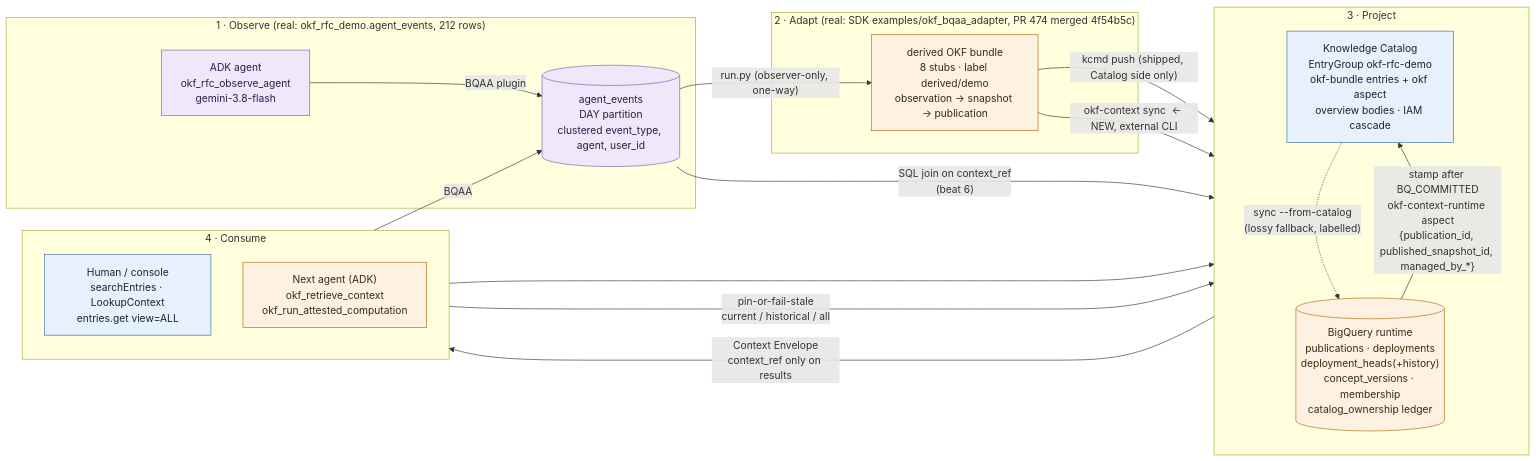
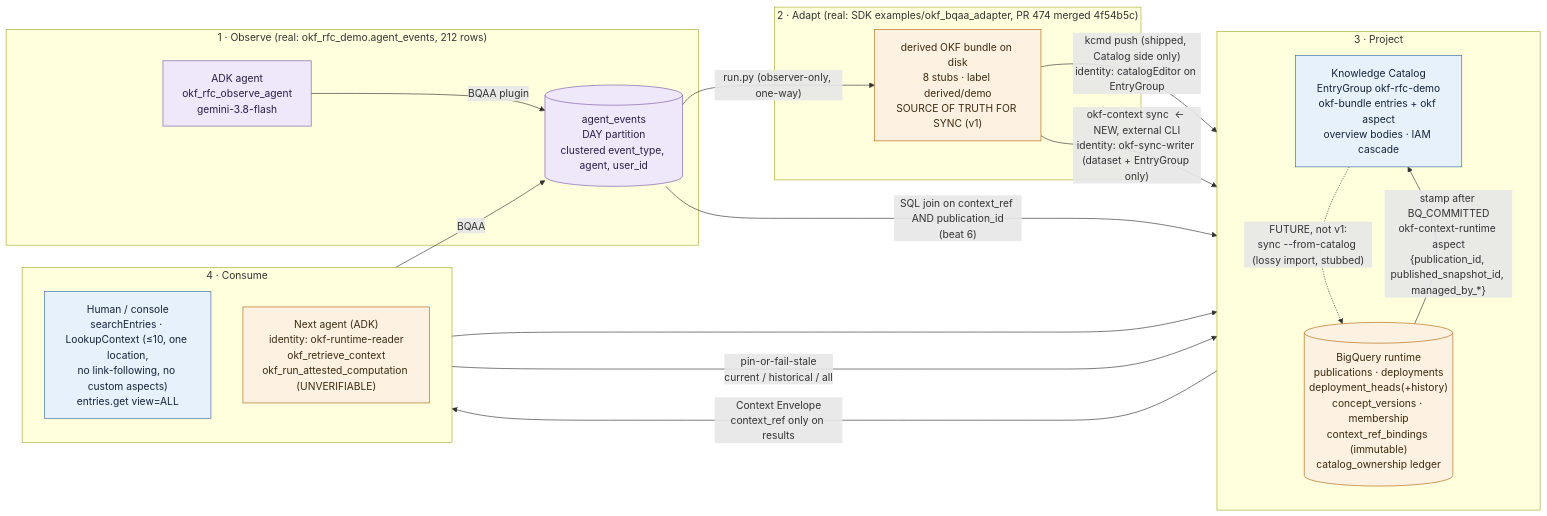
Before and after one commit to caohy1988/caohy1988.github.io: the diagram in rfc/full-demo/ARCHITECTURE.md, drawn with Mermaid. The commit also changed other lines of this file and 5 other files, not shown here.

First line of the commit message:
docs(rfc/full-demo): address Codex P1s on PR 15 — v1 bundle→BQ→Catalog, IAM contract, honesty labels

````diff
--- a/rfc/full-demo/ARCHITECTURE.md
+++ b/rfc/full-demo/ARCHITECTURE.md
@@ -10,35 +11,35 @@
 ```mermaid
 flowchart LR
   subgraph OBSERVE["1 · Observe  (real: okf_rfc_demo.agent_events, 212 rows)"]
     A1["ADK agent<br/>okf_rfc_observe_agent<br/>gemini-3.8-flash"] -->|BQAA plugin| A2[("agent_events<br/>DAY partition<br/>clustered event_type, agent, user_id")]
   end
 
   subgraph ADAPT["2 · Adapt  (real: SDK examples/okf_bqaa_adapter, PR 474 merged 4f54b5c)"]
-    A2 -->|"run.py (observer-only, one-way)"| B1["derived OKF bundle<br/>8 stubs · label derived/demo<br/>observation → snapshot → publication"]
+    A2 -->|"run.py (observer-only, one-way)"| B1["derived OKF bundle on disk<br/>8 stubs · label derived/demo<br/>SOURCE OF TRUTH FOR SYNC (v1)"]
   end
 
   subgraph PROJECT["3 · Project"]
     direction TB
-    B1 -->|"kcmd push (shipped, Catalog side only)"| C1["Knowledge Catalog<br/>EntryGroup okf-rfc-demo<br/>okf-bundle entries + okf aspect<br/>overview bodies · IAM cascade"]
-    B1 -->|"okf-context sync  ← NEW, external CLI"| C2[("BigQuery runtime<br/>publications · deployments<br/>deployment_heads(+history)<br/>concept_versions · membership<br/>catalog_ownership ledger")]
+    B1 -->|"kcmd push (shipped, Catalog side only)<br/>identity: catalogEditor on EntryGroup"| C1["Knowledge Catalog<br/>EntryGroup okf-rfc-demo<br/>okf-bundle entries + okf aspect<br/>overview bodies · IAM cascade"]
+    B1 -->|"okf-context sync  ← NEW, external CLI<br/>identity: okf-sync-writer (dataset + EntryGroup only)"| C2[("BigQuery runtime<br/>publications · deployments<br/>deployment_heads(+history)<br/>concept_versions · membership<br/>context_ref_bindings (immutable)<br/>catalog_ownership ledger")]
     C2 -->|"stamp after BQ_COMMITTED<br/>okf-context-runtime aspect<br/>{publication_id, published_snapshot_id, managed_by_*}"| C1
-    C1 -.->|"sync --from-catalog<br/>(lossy fallback, labelled)"| C2
+    C1 -.->|"FUTURE, not v1:<br/>sync --from-catalog (lossy import, stubbed)"| C2
   end
 
   subgraph CONSUME["4 · Consume"]
     direction TB
-    D1["Human / console<br/>searchEntries · LookupContext<br/>entries.get view=ALL"] --> C1
-    D2["Next agent (ADK)<br/>okf_retrieve_context<br/>okf_run_attested_computation"] -->|"pin-or-fail-stale<br/>current / historical / all"| C2
+    D1["Human / console<br/>searchEntries · LookupContext (≤10, one location,<br/>no link-following, no custom aspects)<br/>entries.get view=ALL"] --> C1
+    D2["Next agent (ADK)<br/>identity: okf-runtime-reader<br/>okf_retrieve_context<br/>okf_run_attested_computation (UNVERIFIABLE)"] -->|"pin-or-fail-stale<br/>current / historical / all"| C2
     C2 -->|"Context Envelope<br/>context_ref only on results"| D2
     D2 -->|BQAA| A2
   end
 
-  A2 -->|"SQL join on context_ref<br/>(beat 6)"| C2
+  A2 -->|"SQL join on context_ref AND publication_id<br/>(beat 6)"| C2
 
   classDef tel fill:#EFE7FA,stroke:#7B5EA7,color:#2B1E45
   classDef cat fill:#E6F1FB,stroke:#3A6EA5,color:#16233B
   classDef run fill:#FDF1E1,stroke:#B4690E,color:#3B2A0E
   class A1,A2 tel
   class C1,D1 cat
   class C2,D2,B1 run
 ```
````
